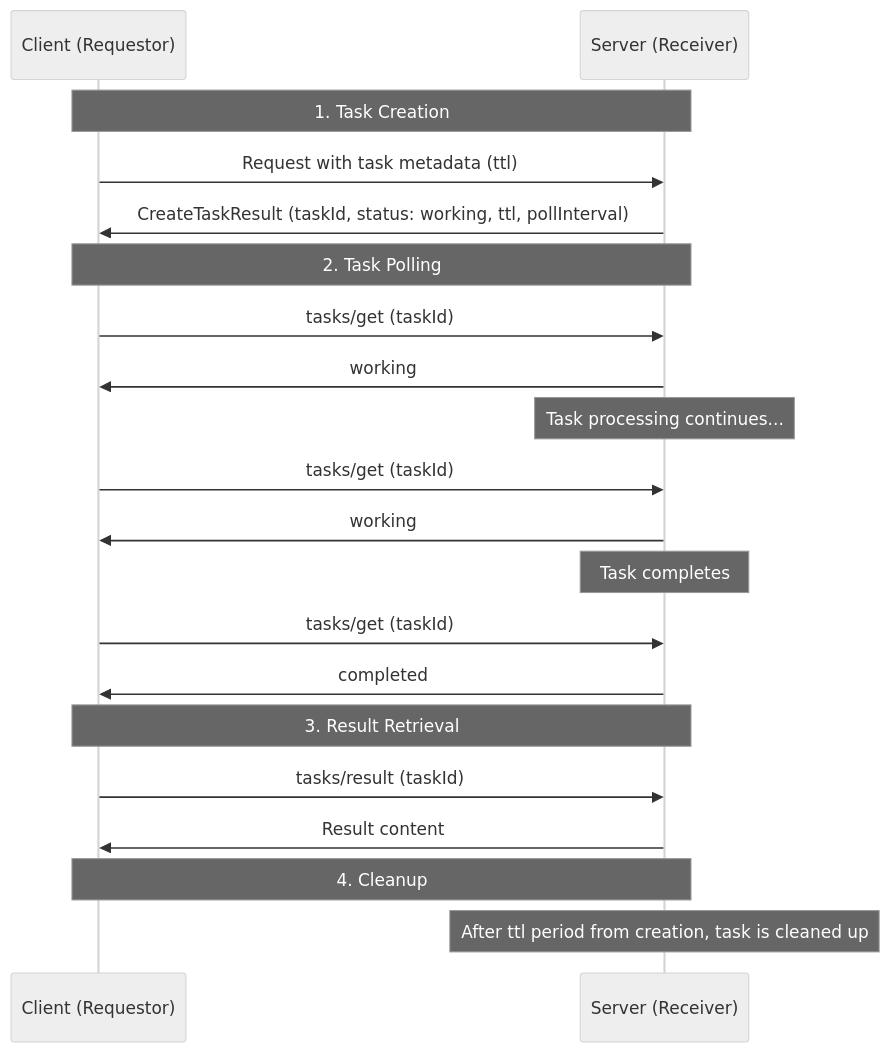
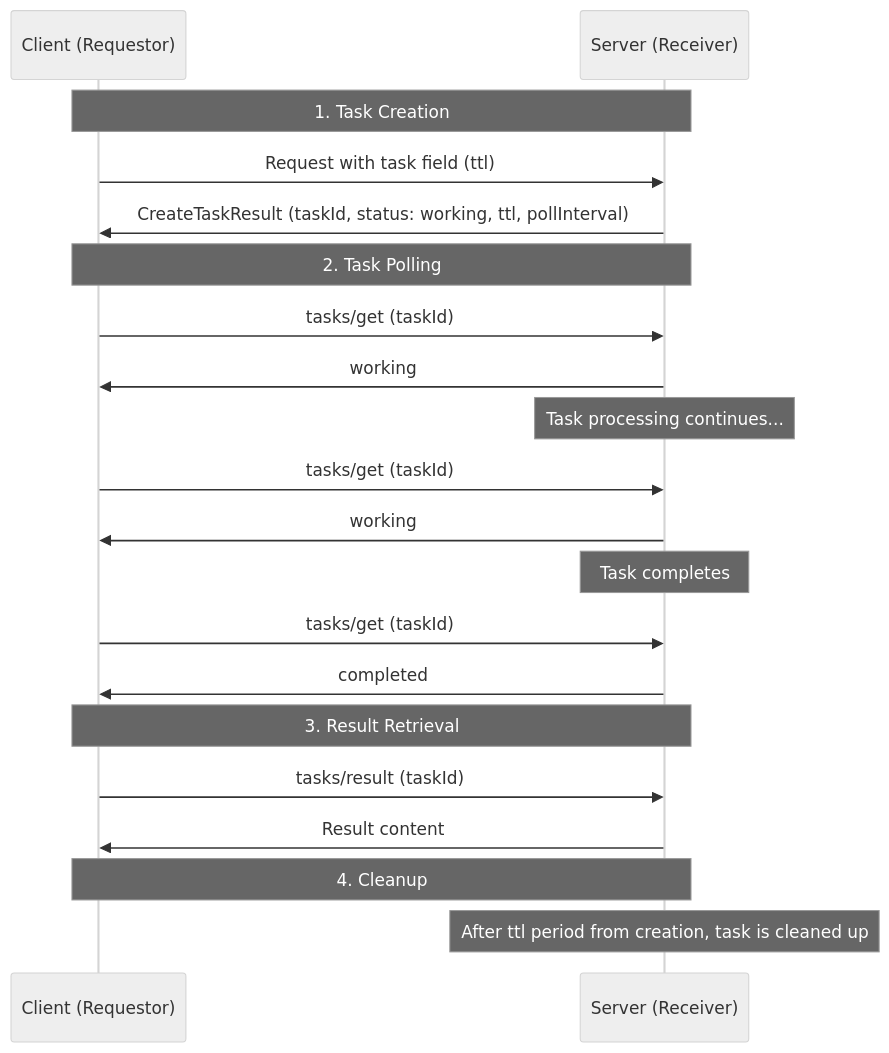
The second of 5 diagrams in docs/specification/draft/basic/utilities/tasks.mdx (scottslewis/modelcontextprotocol), drawn with Mermaid (neutral theme) before and after one commit. The commit also changed other lines of this file, not shown here.

Commit message:
Relax task augmentation with capabilities to "SHOULD", fix "task metadata" language

````diff
--- a/docs/specification/draft/basic/utilities/tasks.mdx
+++ b/docs/specification/draft/basic/utilities/tasks.mdx
@@ -479,22 +479,22 @@
 ```mermaid
 sequenceDiagram
     participant C as Client (Requestor)
     participant S as Server (Receiver)
     Note over C,S: 1. Task Creation
-    C->>S: Request with task metadata (ttl)
+    C->>S: Request with task field (ttl)
     S->>C: CreateTaskResult (taskId, status: working, ttl, pollInterval)
     Note over C,S: 2. Task Polling
     C->>S: tasks/get (taskId)
     S->>C: working
     Note over S: Task processing continues...
     C->>S: tasks/get (taskId)
     S->>C: working
     Note over S: Task completes
     C->>S: tasks/get (taskId)
     S->>C: completed
     Note over C,S: 3. Result Retrieval
     C->>S: tasks/result (taskId)
     S->>C: Result content
     Note over C,S: 4. Cleanup
     Note over S: After ttl period from creation, task is cleaned up
 ```
````
